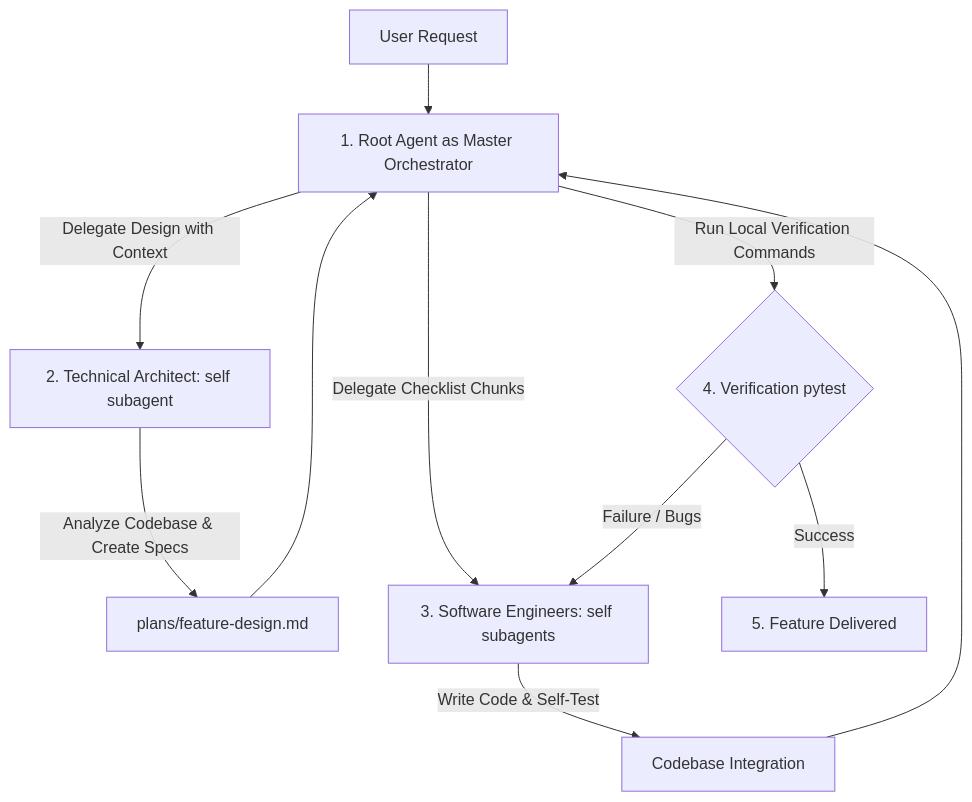
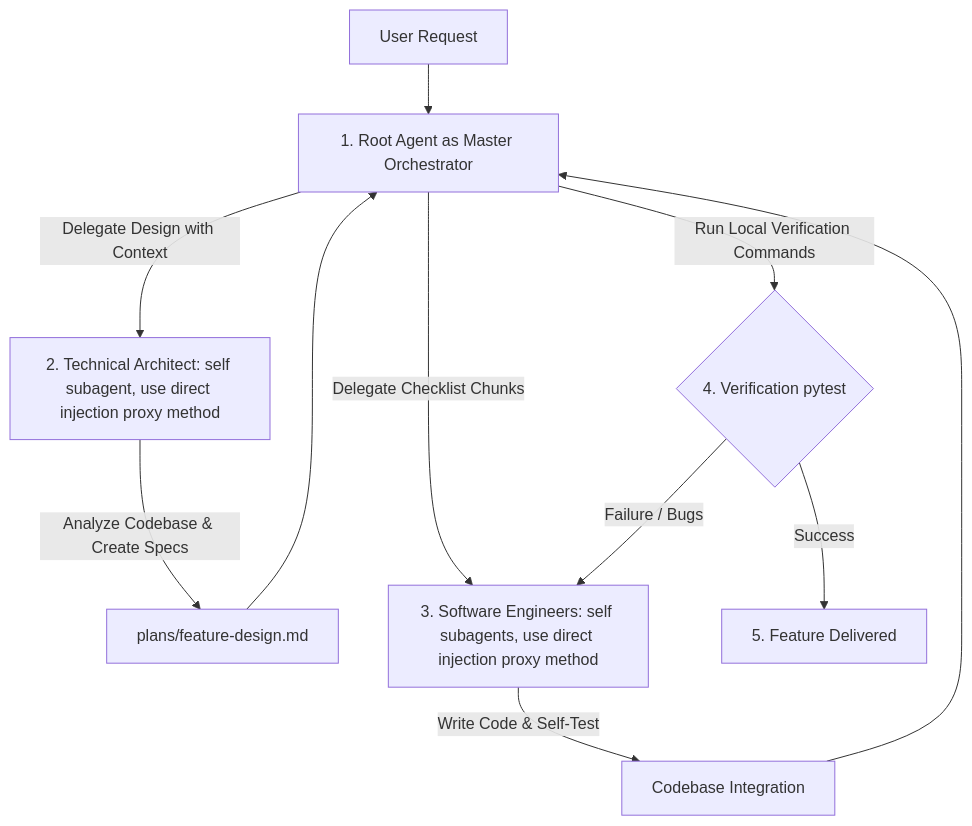
Before and after one commit to ypenn21/adk-agents: the diagram in .agents/AGENTS.md, drawn with Mermaid. The commit also changed other lines of this file, not shown here.

````diff
--- a/.agents/AGENTS.md
+++ b/.agents/AGENTS.md
@@ -112,13 +112,13 @@
 ```mermaid
 graph TD
     User[User Request] --> Orchestrator[1. Root Agent as Master Orchestrator]
-    Orchestrator -->|Delegate Design with Context| Architect[2. Technical Architect: self subagent]
+    Orchestrator -->|Delegate Design with Context| Architect[2. Technical Architect: self subagent, use direct injection proxy method]
     Architect -->|Analyze Codebase & Create Specs| Blueprint[plans/feature-design.md]
     Blueprint --> Orchestrator
-    Orchestrator -->|Delegate Checklist Chunks| Engineers[3. Software Engineers: self subagents]
+    Orchestrator -->|Delegate Checklist Chunks| Engineers[3. Software Engineers: self subagents, use direct injection proxy method]
     Engineers -->|Write Code & Self-Test| Codebase[Codebase Integration]
     Codebase --> Orchestrator
     Orchestrator -->|Run Local Verification Commands| Verification{4. Verification pytest}
     Verification -->|Success| Complete[5. Feature Delivered]
     Verification -->|Failure / Bugs| Engineers
 ```
````
